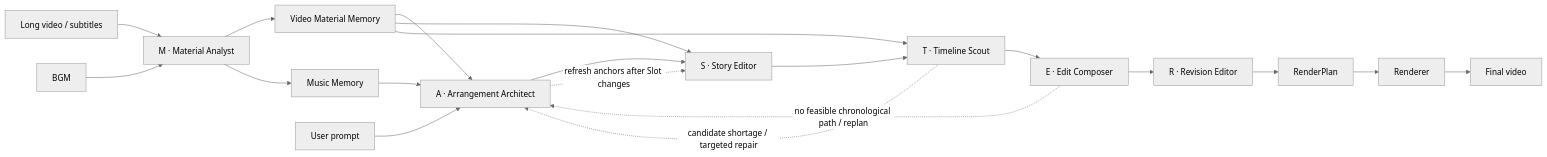
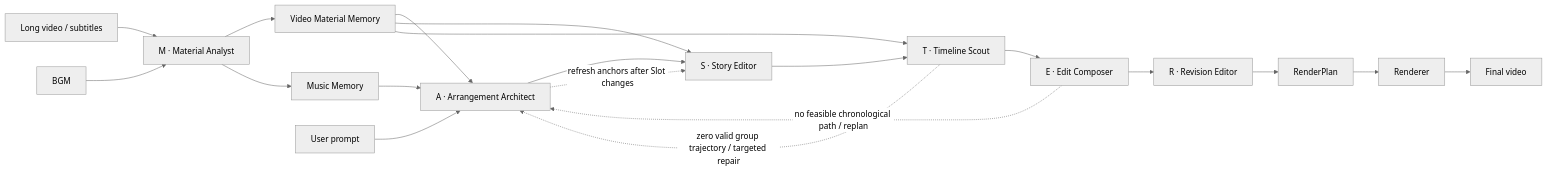
One commit to hit-felix-chen/CutMaster changed the diagram in README_EN.md. Above: the diagram before and after it, drawn with Mermaid (neutral theme). The commit also changed other lines of this file and 61 other files, not shown here.

````diff
--- a/README_EN.md
+++ b/README_EN.md
@@ -73,24 +73,24 @@
 ```mermaid
 flowchart LR
     V["Long video / subtitles"] --> M["M · Material Analyst"]
     B["BGM"] --> M
     M --> VM["Video Material Memory"]
     M --> MU["Music Memory"]
 
     P["User prompt"] --> A["A · Arrangement Architect"]
     VM --> A
     MU --> A
     A --> S["S · Story Editor"]
     VM --> S
     S --> T["T · Timeline Scout"]
     VM --> T
     T --> E["E · Edit Composer"]
     E --> R["R · Revision Editor"]
     R --> RP["RenderPlan"]
     RP --> RD["Renderer"]
     RD --> O["Final video"]
 
-    T -. "candidate shortage / targeted repair" .-> A
+    T -. "zero valid group trajectory / targeted repair" .-> A
     E -. "no feasible chronological path / replan" .-> A
     A -. "refresh anchors after Slot changes" .-> S
 ```
````
